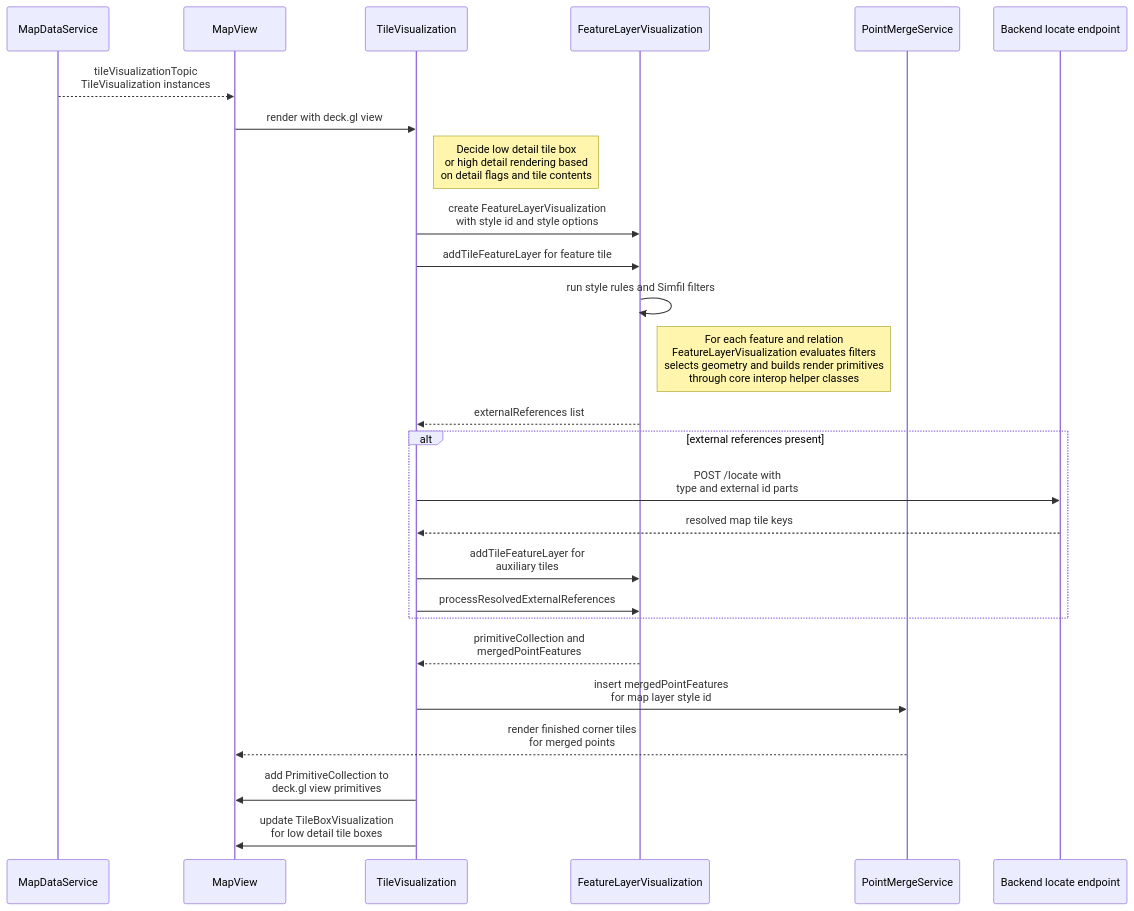
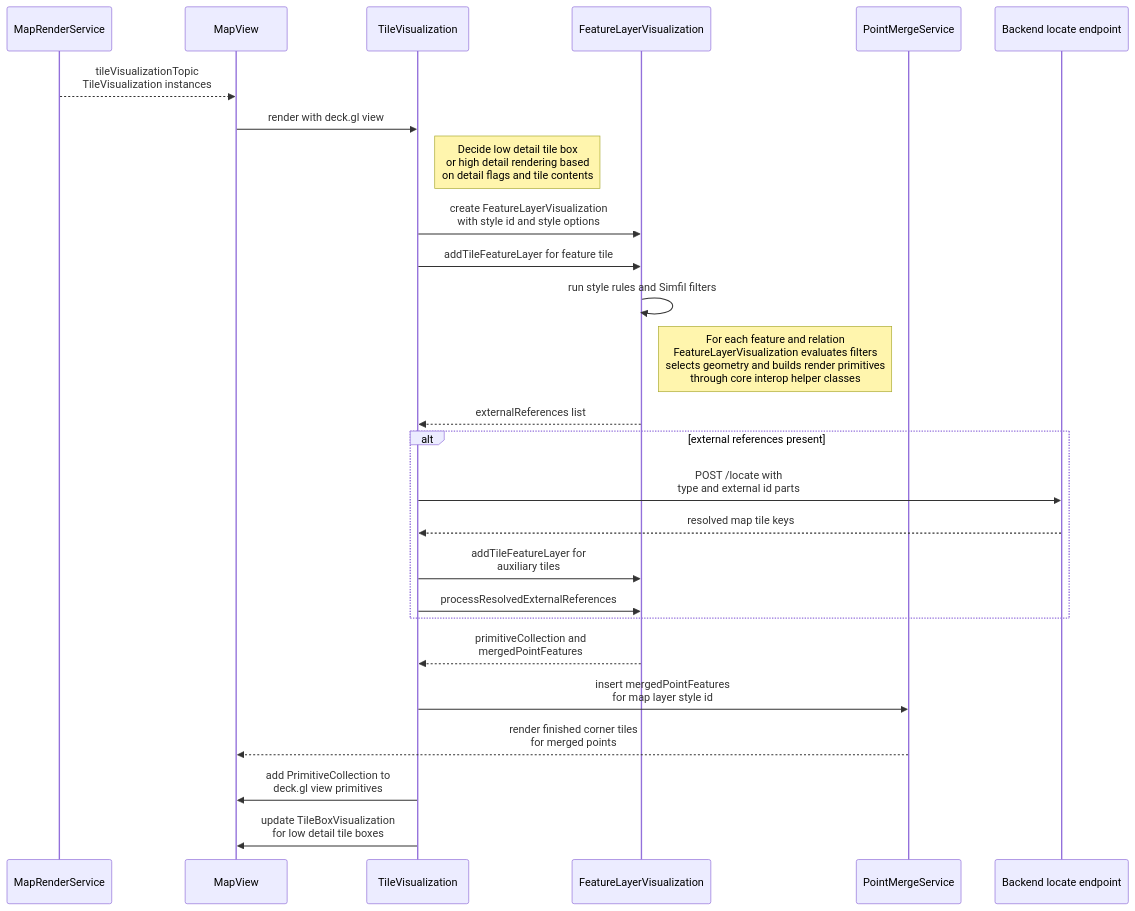
Before and after one commit to ndsev/erdblick: the eighth of 10 diagrams in docs/erdblick-dev-guide.md, drawn with Mermaid. The commit also changed other lines of this file and 43 other files, not shown here.

Commit message:
Split up the MapDataService

````diff
--- a/docs/erdblick-dev-guide.md
+++ b/docs/erdblick-dev-guide.md
@@ -440,36 +530,36 @@
 ```mermaid
 sequenceDiagram
-  participant MapSvc as MapDataService
+  participant RenderSvc as MapRenderService
   participant View as MapView
   participant TileVis as TileVisualization
   participant Core as FeatureLayerVisualization
   participant PointMerge as PointMergeService
   participant Backend as Backend locate endpoint
 
-  MapSvc-->>View: tileVisualizationTopic<br>TileVisualization instances
+  RenderSvc-->>View: tileVisualizationTopic<br>TileVisualization instances
   View->>TileVis: render with deck.gl view
 
   Note right of TileVis: Decide low detail tile box<br>or high detail rendering based<br>on detail flags and tile contents
 
   TileVis->>Core: create FeatureLayerVisualization<br>with style id and style options
   TileVis->>Core: addTileFeatureLayer for feature tile
   Core->>Core: run style rules and Simfil filters
 
   Note right of Core: For each feature and relation<br>FeatureLayerVisualization evaluates filters<br>selects geometry and builds render primitives<br>through core interop helper classes
 
   Core-->>TileVis: externalReferences list
   alt external references present
     TileVis->>Backend: POST /locate with<br>type and external id parts
     Backend-->>TileVis: resolved map tile keys
     TileVis->>Core: addTileFeatureLayer for<br>auxiliary tiles
     TileVis->>Core: processResolvedExternalReferences
   end
 
   Core-->>TileVis: primitiveCollection and<br>mergedPointFeatures
 
   TileVis->>PointMerge: insert mergedPointFeatures<br>for map layer style id
   PointMerge-->>View: render finished corner tiles<br>for merged points
 
   TileVis->>View: add PrimitiveCollection to<br>deck.gl view primitives
   TileVis->>View: update TileBoxVisualization<br>for low detail tile boxes
 ```
````
